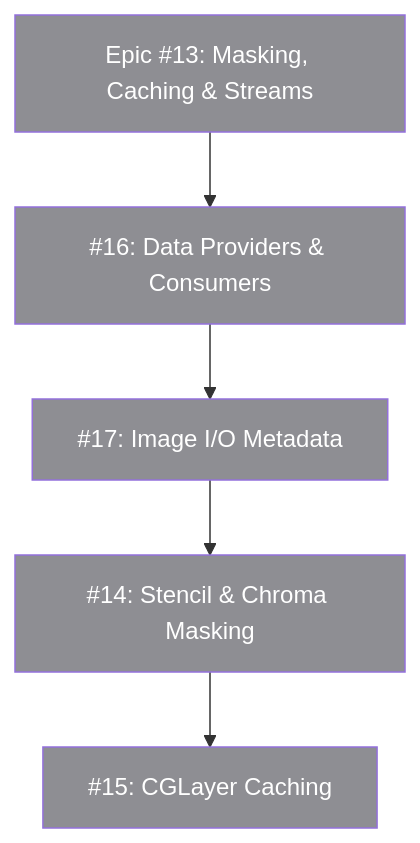
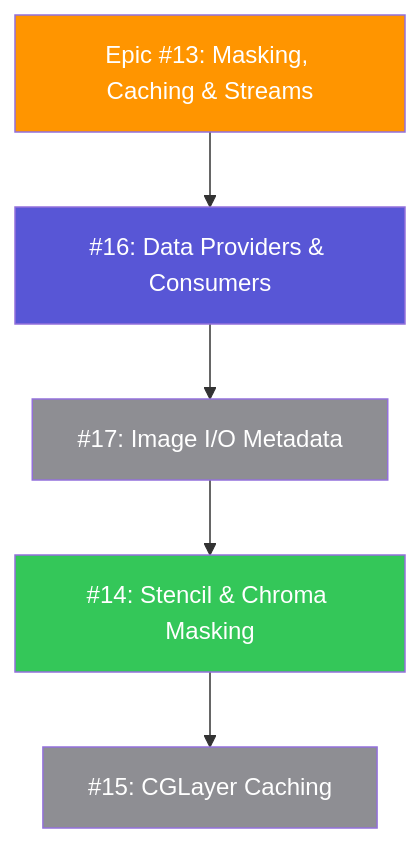
One commit to SlayerMotion/PureDraw changed the fourth of 6 diagrams in README.md. Above: the diagram before and after it, drawn with Mermaid. The commit also changed other lines of this file and 1 other file, not shown here.

First line of the commit message:
docs: mark shipped epics done in roadmap diagrams

````diff
--- a/README.md
+++ b/README.md
@@ -191,17 +191,17 @@
 ```mermaid
 flowchart TB
     classDef done    fill:#34C759,color:#FFFFFF
     classDef active  fill:#007AFF,color:#FFFFFF
     classDef review  fill:#30B0C7,color:#FFFFFF
     classDef next    fill:#5856D6,color:#FFFFFF
     classDef partial fill:#FF9500,color:#FFFFFF
     classDef todo    fill:#8E8E93,color:#FFFFFF
 
-    Epic13["Epic #13: Masking, Caching & Streams"]:::todo --> I16["#16: Data Providers & Consumers"]:::todo --> I17["#17: Image I/O Metadata"]:::todo --> I14["#14: Stencil & Chroma Masking"]:::todo --> I15["#15: CGLayer Caching"]:::todo
+    Epic13["Epic #13: Masking, Caching & Streams"]:::partial --> I16["#16: Data Providers & Consumers"]:::next --> I17["#17: Image I/O Metadata"]:::todo --> I14["#14: Stencil & Chroma Masking"]:::done --> I15["#15: CGLayer Caching"]:::todo
 
     click Epic13 href "https://github.com/mihaelamj/PureDraw/issues/13" "Epic #13"
     click I14 href "https://github.com/mihaelamj/PureDraw/issues/14" "Issue #14"
     click I15 href "https://github.com/mihaelamj/PureDraw/issues/15" "Issue #15"
     click I16 href "https://github.com/mihaelamj/PureDraw/issues/16" "Issue #16"
     click I17 href "https://github.com/mihaelamj/PureDraw/issues/17" "Issue #17"
 ```
````
